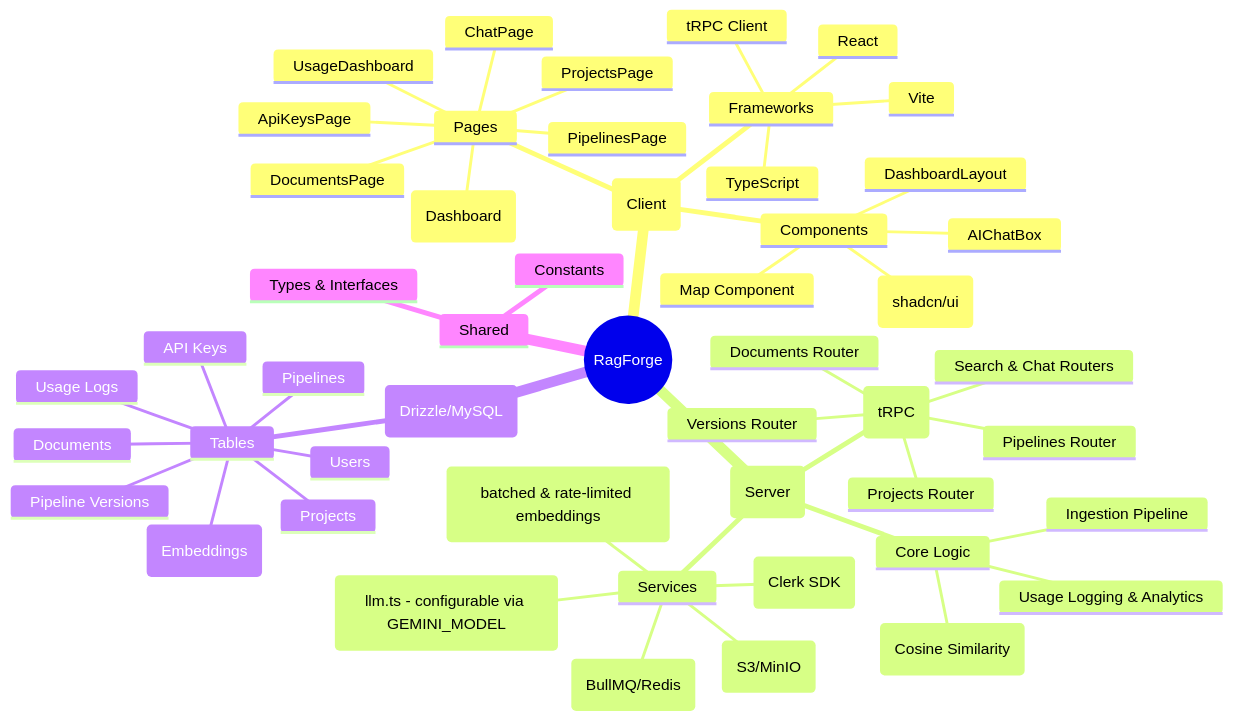
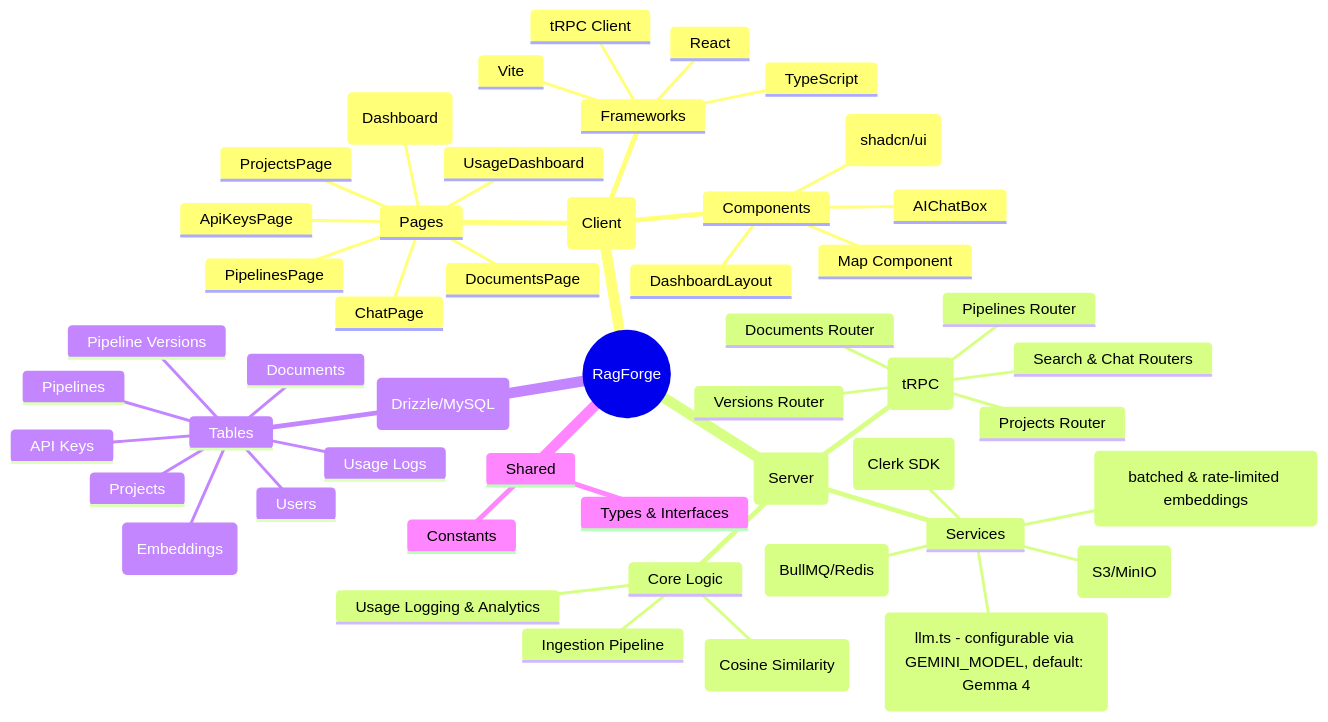
The diagram in mindmap.md (devshayan101/RAGForge), drawn with Mermaid before and after one commit. The commit also changed other lines of this file and 14 other files, not shown here.

````diff
--- a/mindmap.md
+++ b/mindmap.md
@@ -3,53 +3,53 @@
 ```mermaid
 mindmap
   root((RagForge))
     Frontend (Client)
       Frameworks
         Vite
         React
         TypeScript
         tRPC Client
       Pages
         Home (Dashboard)
         ProjectsPage
         PipelinesPage
         DocumentsPage
         ChatPage
         ApiKeysPage
         UsageDashboard
       Components
         AIChatBox
         DashboardLayout
         Map Component
         UI Components (shadcn/ui)
     Backend (Server)
       API (tRPC)
         Projects Router
         Pipelines Router
         Versions Router
         Documents Router
         Search & Chat Routers
       Services
-        LLM Integration (llm.ts - configurable via GEMINI_MODEL)
+        LLM Integration (llm.ts - configurable via GEMINI_MODEL, default: Gemma 4)
         Document Processing (batched & rate-limited embeddings)
         Queue Management (BullMQ/Redis)
         Storage Service (S3/MinIO)
         Authentication (Clerk SDK)
       Core Logic
         Vector Search (Cosine Similarity)
         Ingestion Pipeline
         Usage Logging & Analytics
     Database (Drizzle/MySQL)
       Tables
         Users
         Projects
         Pipelines
         Pipeline Versions
         Documents
         Chunks (Embeddings)
         API Keys
         Usage Logs
     Shared
       Types & Interfaces
       Constants
 ```
````
